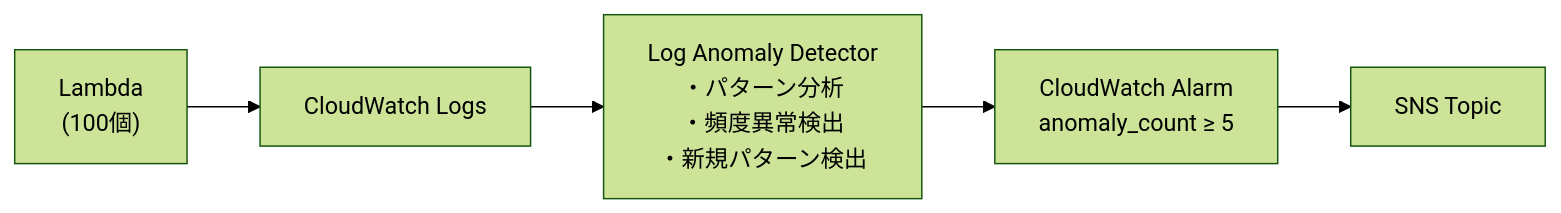
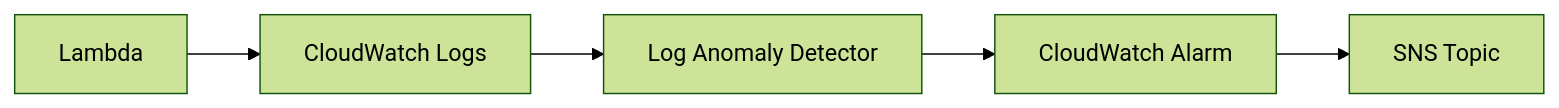
Before and after one commit to NagasakaH/lambda-log: the fifth of 9 diagrams in アラーム方法調査.md, drawn with Mermaid (forest theme). The commit also changed other lines of this file and 1 other file, not shown here.

````diff
--- a/アラーム方法調査.md
+++ b/アラーム方法調査.md
@@ -287,7 +287,7 @@
 ```mermaid
 flowchart LR
-    Lambda["Lambda<br/>(100個)"] --> LG["CloudWatch Logs"]
-    LG --> AD["Log Anomaly Detector<br/>・パターン分析<br/>・頻度異常検出<br/>・新規パターン検出"]
-    AD --> Alarm["CloudWatch Alarm<br/>anomaly_count ≥ 5"]
-    Alarm --> SNS["SNS Topic"]
+    Lambda[Lambda] --> LG[CloudWatch Logs]
+    LG --> AD[Log Anomaly Detector]
+    AD --> Alarm[CloudWatch Alarm]
+    Alarm --> SNS[SNS Topic]
 ```
````
